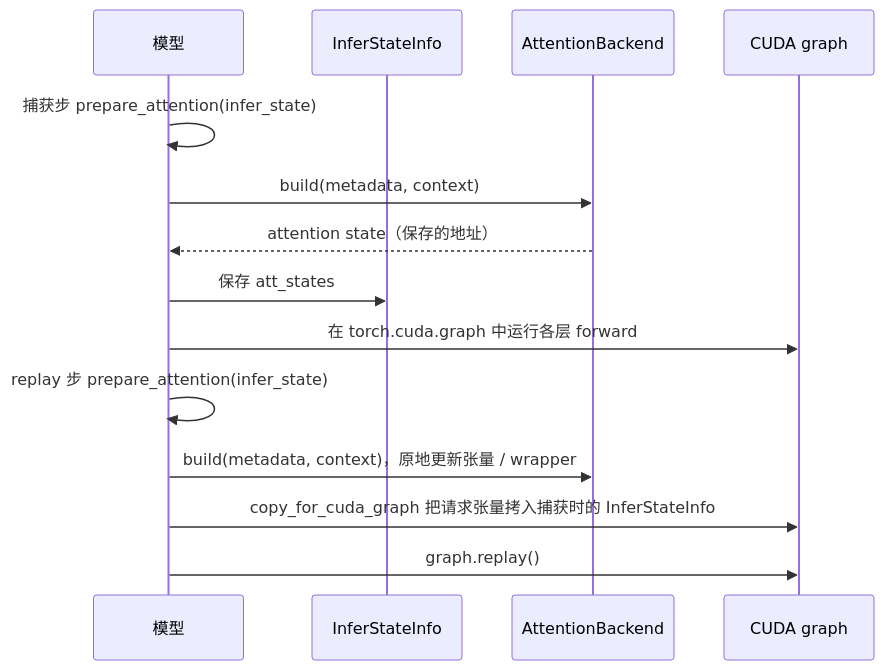
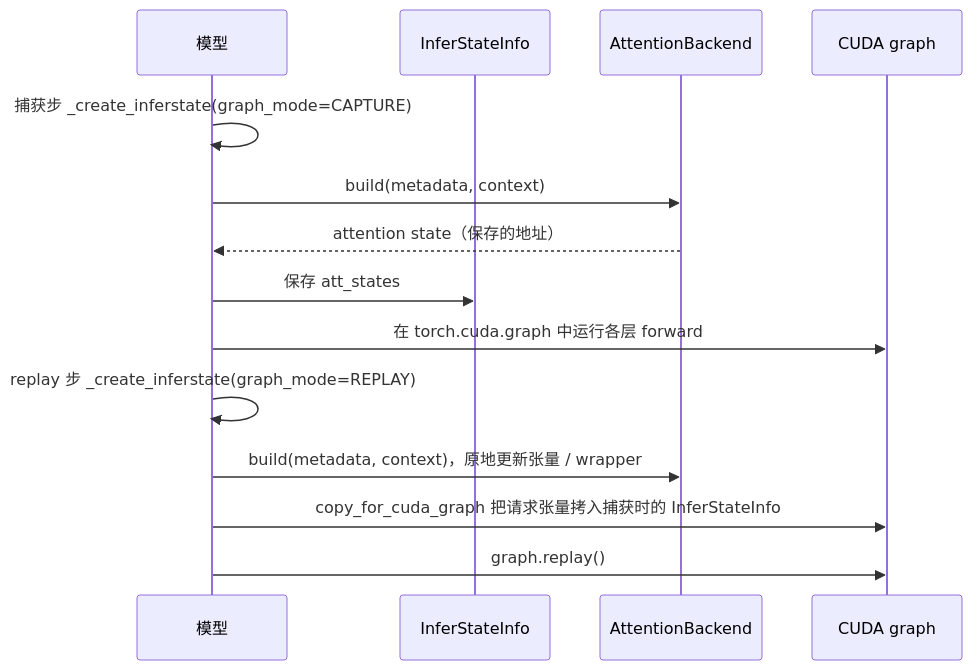
The second of 2 diagrams in docs/CN/source/framework/attention_backend_design.md (ModelTC/LightLLM), drawn with Mermaid before and after one commit. The commit also changed other lines of this file and 44 other files, not shown here.

````diff
--- a/docs/CN/source/framework/attention_backend_design.md
+++ b/docs/CN/source/framework/attention_backend_design.md
@@ -190,16 +196,16 @@
 ```mermaid
 sequenceDiagram
     participant M as 模型
     participant A as InferStateInfo
     participant B as AttentionBackend
     participant G as CUDA graph
-    M->>M: 捕获步 prepare_attention(infer_state)
+    M->>M: 捕获步 _create_inferstate(graph_mode=CAPTURE)
     M->>B: build(metadata, context)
     B-->>M: attention state（保存的地址）
     M->>A: 保存 att_states
     M->>G: 在 torch.cuda.graph 中运行各层 forward
-    M->>M: replay 步 prepare_attention(infer_state)
+    M->>M: replay 步 _create_inferstate(graph_mode=REPLAY)
     M->>B: build(metadata, context)，原地更新张量 / wrapper
     M->>G: copy_for_cuda_graph 把请求张量拷入捕获时的 InferStateInfo
     M->>G: graph.replay()
 ```
````
